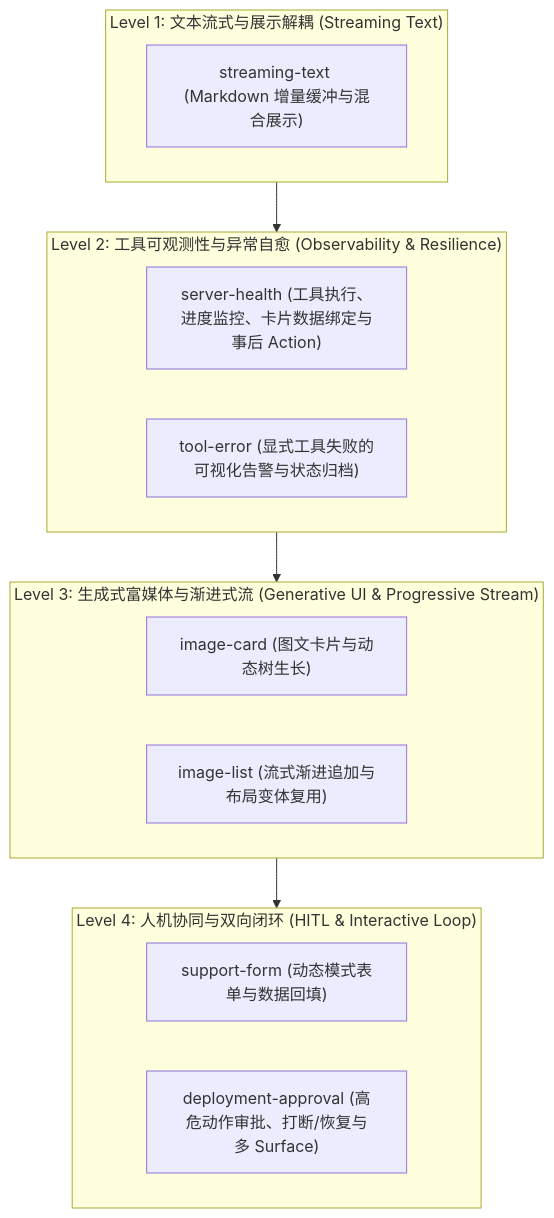
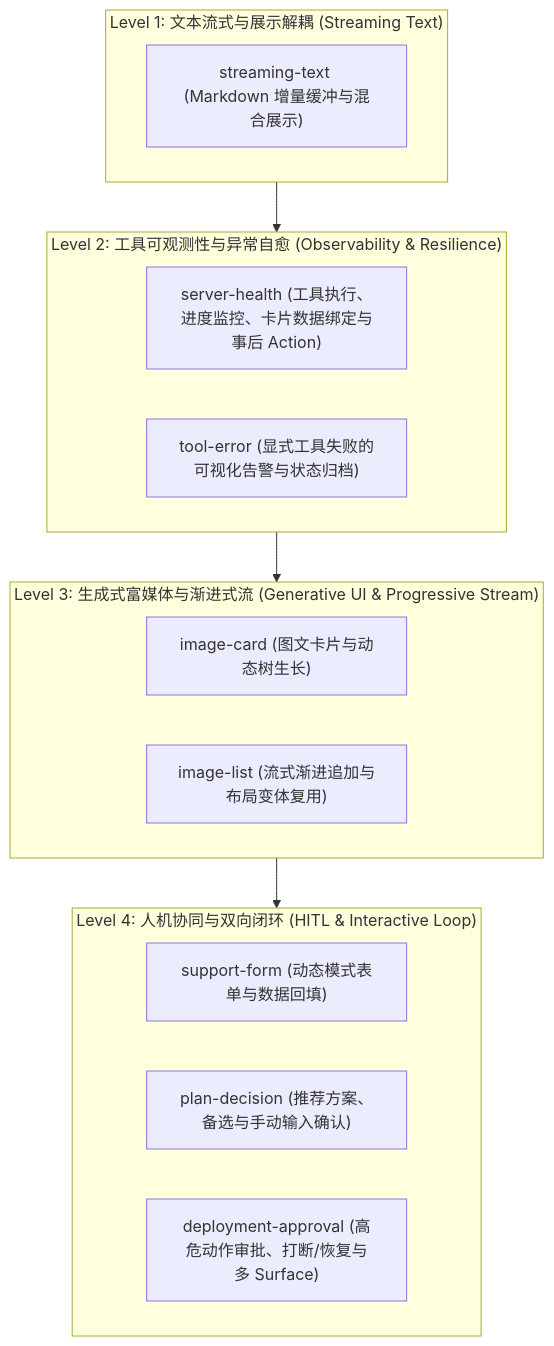
The diagram in docs/scenarios.md (sungithubid/A2UI-Lab), drawn with Mermaid before and after one commit. The commit also changed other lines of this file and 29 other files, not shown here.

Commit message:
feat: add plan-decision scenario with persisted options and custom input support

````diff
--- a/docs/scenarios.md
+++ b/docs/scenarios.md
@@ -42,23 +42,24 @@
 ```mermaid
 flowchart TD
     subgraph L4 ["Level 4: 人机协同与双向闭环 (HITL & Interactive Loop)"]
         S6["support-form (动态模式表单与数据回填)"]
+        S8["plan-decision (推荐方案、备选与手动输入确认)"]
         S7["deployment-approval (高危动作审批、打断/恢复与多 Surface)"]
     end
 
     subgraph L3 ["Level 3: 生成式富媒体与渐进式流 (Generative UI & Progressive Stream)"]
         S4["image-card (图文卡片与动态树生长)"]
         S5["image-list (流式渐进追加与布局变体复用)"]
     end
 
     subgraph L2 ["Level 2: 工具可观测性与异常自愈 (Observability & Resilience)"]
         S2["server-health (工具执行、进度监控、卡片数据绑定与事后 Action)"]
         S3["tool-error (显式工具失败的可视化告警与状态归档)"]
     end
 
     subgraph L1 ["Level 1: 文本流式与展示解耦 (Streaming Text)"]
         S1["streaming-text (Markdown 增量缓冲与混合展示)"]
     end
 
     L1 --> L2 --> L3 --> L4
 ```
````
